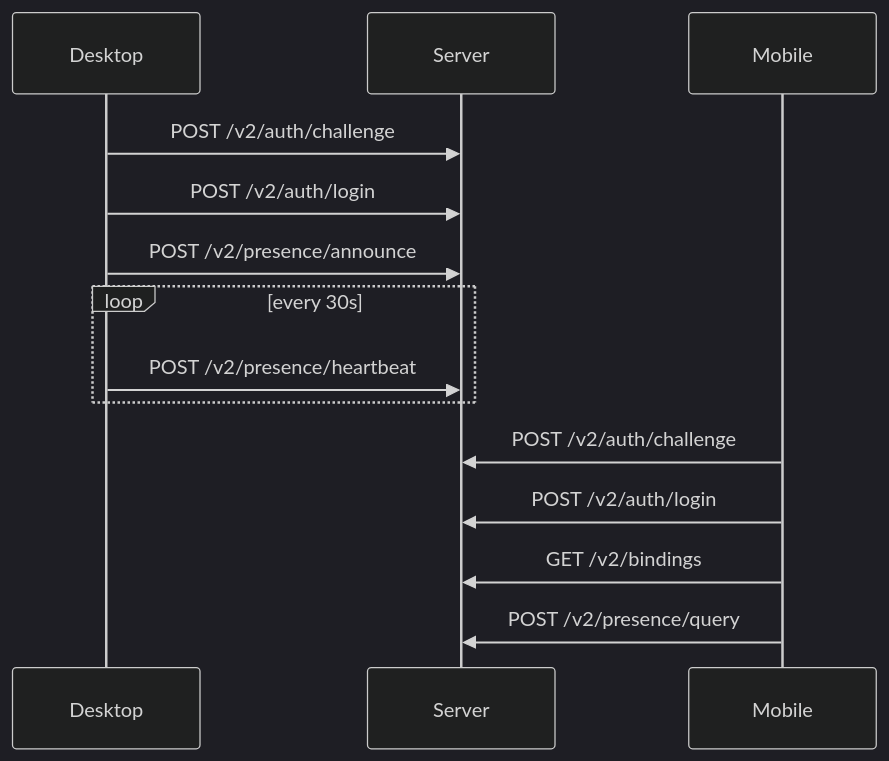
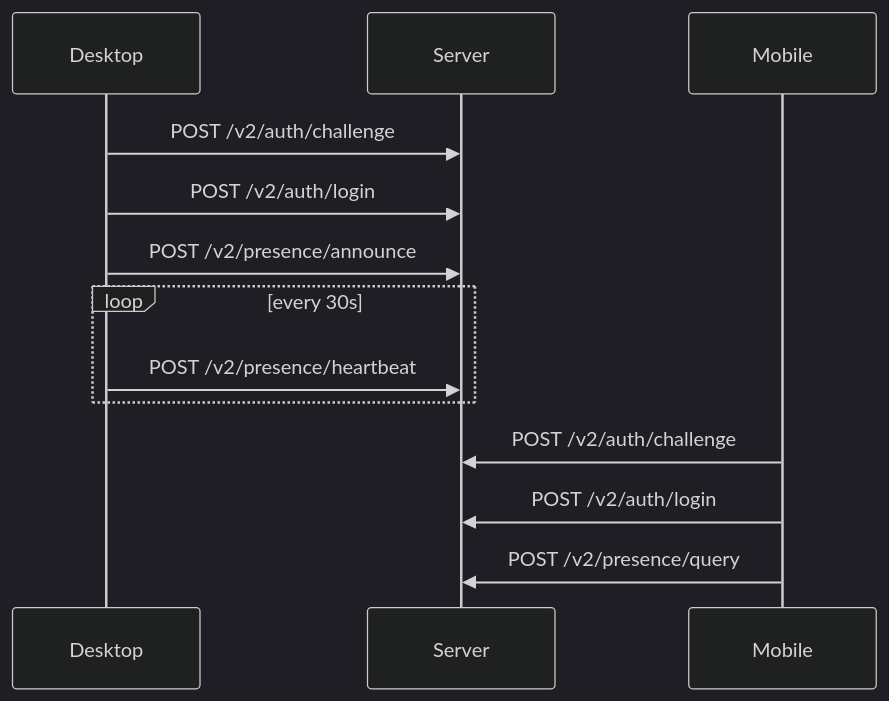
The first of 3 diagrams in docs/remote-pairing-v2-protocol.md (minkicc/openclawapp), drawn with Mermaid (dark theme) before and after one commit. The commit also changed other lines of this file and 21 other files, not shown here.

````diff
--- a/docs/remote-pairing-v2-protocol.md
+++ b/docs/remote-pairing-v2-protocol.md
@@ -283,18 +281,17 @@
 ```mermaid
 sequenceDiagram
     participant Desktop
     participant Server
     participant Mobile
 
     Desktop->>Server: POST /v2/auth/challenge
     Desktop->>Server: POST /v2/auth/login
     Desktop->>Server: POST /v2/presence/announce
     loop every 30s
       Desktop->>Server: POST /v2/presence/heartbeat
     end
 
     Mobile->>Server: POST /v2/auth/challenge
     Mobile->>Server: POST /v2/auth/login
-    Mobile->>Server: GET /v2/bindings
     Mobile->>Server: POST /v2/presence/query
 ```
````
